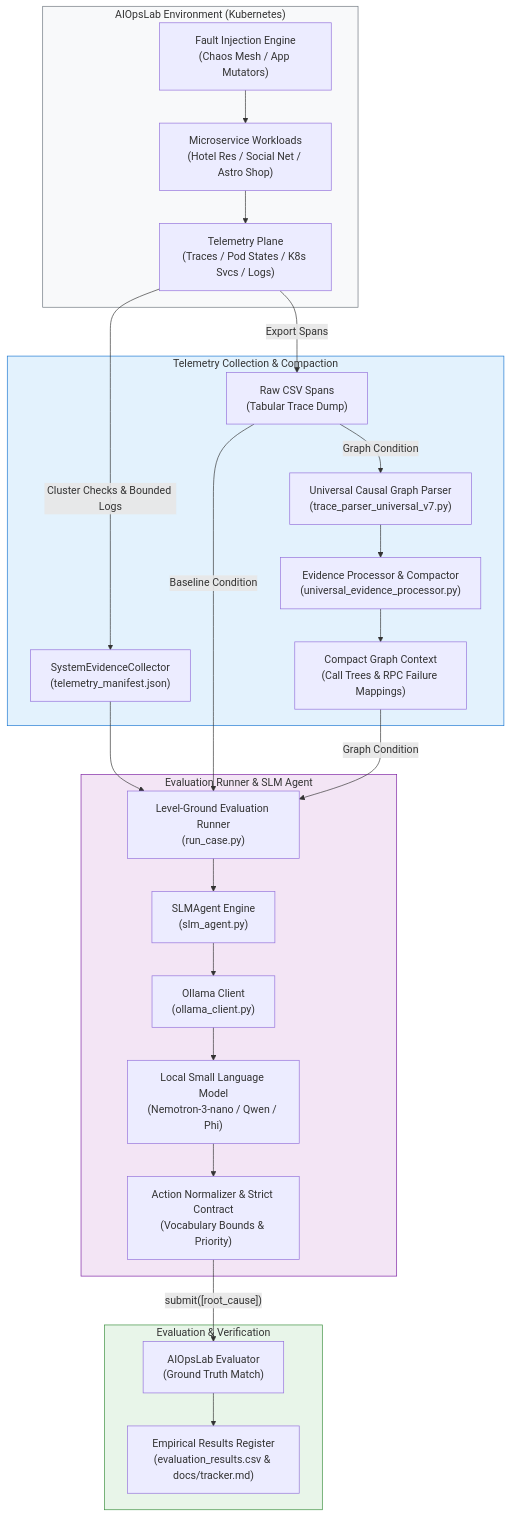
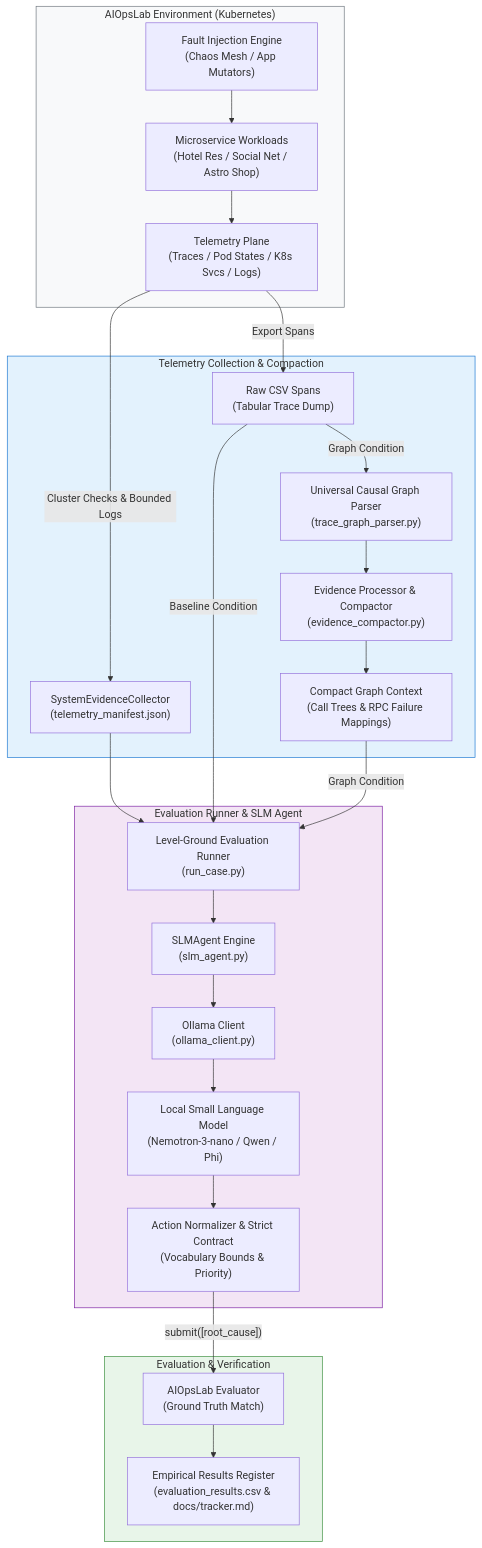
Before and after one commit to ajayanithaganesan/aiops-slm-for-cloud-rca-evaluation: the diagram in README.md, drawn with Mermaid. The commit also changed other lines of this file and 4 other files, not shown here.

Commit message:
refactor: rename parser and processor to trace_graph_parser and evidence_compactor

````diff
--- a/README.md
+++ b/README.md
@@ -77,53 +77,53 @@
 ```mermaid
 graph TD
     subgraph Testbed ["AIOpsLab Environment (Kubernetes)"]
         FaultInject["Fault Injection Engine<br/>(Chaos Mesh / App Mutators)"]
         Microservices["Microservice Workloads<br/>(Hotel Res / Social Net / Astro Shop)"]
         TelemetrySources["Telemetry Plane<br/>(Traces / Pod States / K8s Svcs / Logs)"]
         FaultInject --> Microservices
         Microservices --> TelemetrySources
     end
 
     subgraph DataCollection ["Telemetry Collection & Compaction"]
         Collector["SystemEvidenceCollector<br/>(telemetry_manifest.json)"]
         RawSpans["Raw CSV Spans<br/>(Tabular Trace Dump)"]
-        Parser["Universal Causal Graph Parser<br/>(trace_parser_universal_v7.py)"]
-        Processor["Evidence Processor & Compactor<br/>(universal_evidence_processor.py)"]
+        Parser["Universal Causal Graph Parser<br/>(trace_graph_parser.py)"]
+        Processor["Evidence Processor & Compactor<br/>(evidence_compactor.py)"]
         CompactGraph["Compact Graph Context<br/>(Call Trees & RPC Failure Mappings)"]
 
         TelemetrySources -->|"Cluster Checks & Bounded Logs"| Collector
         TelemetrySources -->|"Export Spans"| RawSpans
         RawSpans -->|"Graph Condition"| Parser
         Parser --> Processor
         Processor --> CompactGraph
     end
 
     subgraph EvaluationHarness ["Evaluation Runner & SLM Agent"]
         Runner["Level-Ground Evaluation Runner<br/>(run_case.py)"]
         Agent["SLMAgent Engine<br/>(slm_agent.py)"]
         OllamaClient["Ollama Client<br/>(ollama_client.py)"]
         LocalSLM["Local Small Language Model<br/>(Nemotron-3-nano / Qwen / Phi)"]
         Normalizer["Action Normalizer & Strict Contract<br/>(Vocabulary Bounds & Priority)"]
 
         Collector --> Runner
         RawSpans -->|"Baseline Condition"| Runner
         CompactGraph -->|"Graph Condition"| Runner
         Runner --> Agent
         Agent --> OllamaClient
         OllamaClient --> LocalSLM
         LocalSLM --> Normalizer
     end
 
     subgraph EvaluationMetrics ["Evaluation & Verification"]
         AIOpsEvaluator["AIOpsLab Evaluator<br/>(Ground Truth Match)"]
         ResultsDataset["Empirical Results Register<br/>(evaluation_results.csv & docs/tracker.md)"]
 
         Normalizer -->|"submit([root_cause])"| AIOpsEvaluator
         AIOpsEvaluator --> ResultsDataset
     end
 
     style Testbed fill:#f8f9fa,stroke:#6c757d,stroke-width:1px
     style DataCollection fill:#e3f2fd,stroke:#1976d2,stroke-width:1px
     style EvaluationHarness fill:#f3e5f5,stroke:#7b1fa2,stroke-width:1px
     style EvaluationMetrics fill:#e8f5e9,stroke:#388e3c,stroke-width:1px
 ```
````
